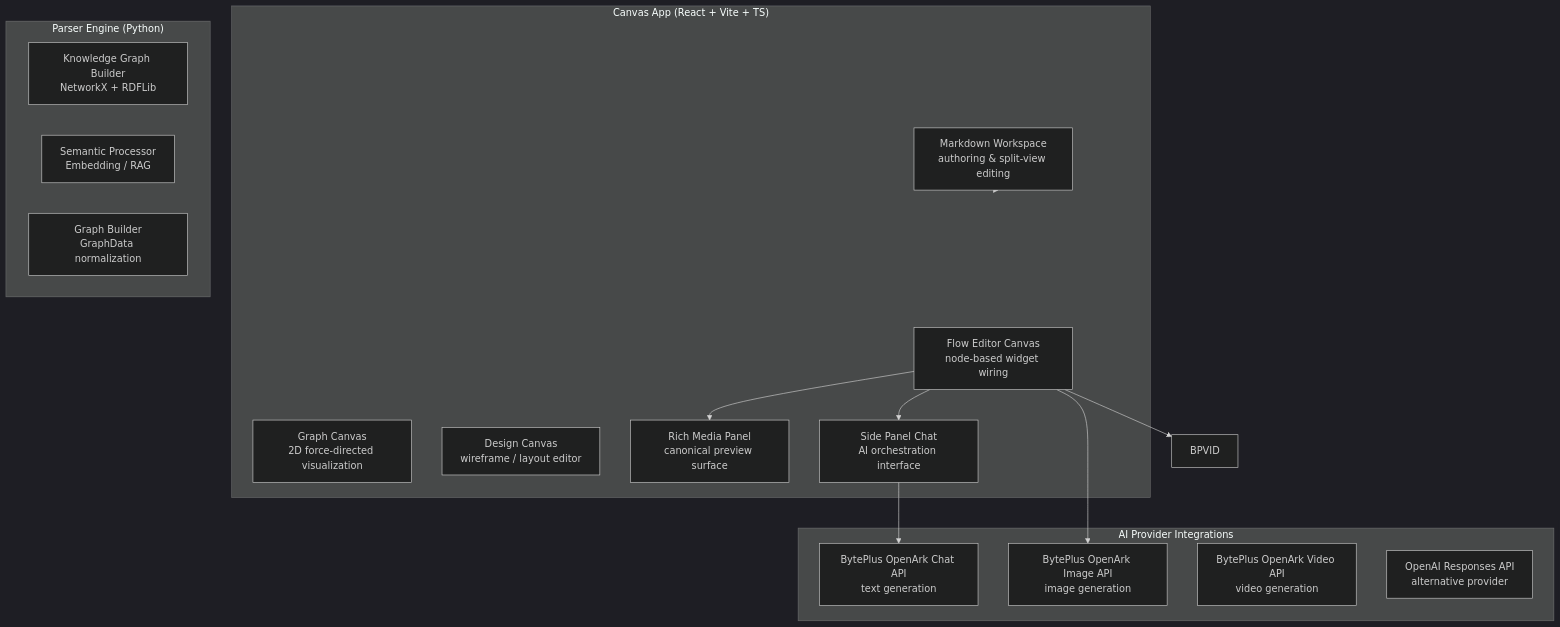
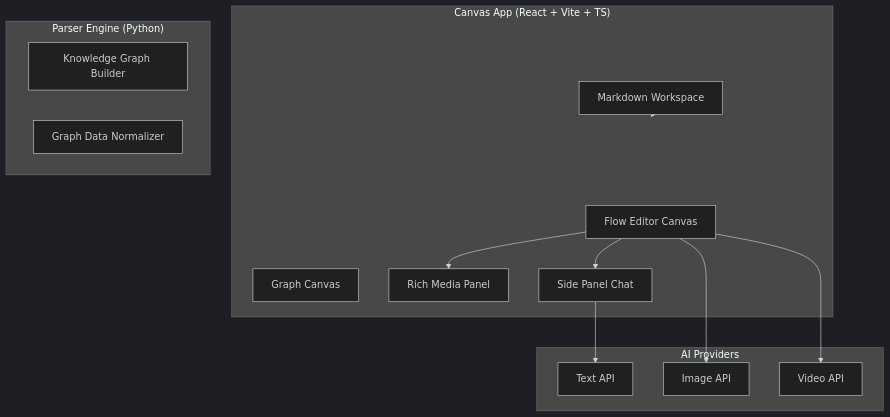
The second of 3 diagrams in docs/documents/knowgrph-pitchdeck.md (huijoohwee/knowgrph), drawn with Mermaid (dark theme) before and after one commit. The commit also changed other lines of this file and 61 other files, not shown here.

````diff
--- a/docs/documents/knowgrph-pitchdeck.md
+++ b/docs/documents/knowgrph-pitchdeck.md
@@ -220,31 +269,24 @@
 ```mermaid
 flowchart TB
   subgraph Frontend ["Canvas App (React + Vite + TS)"]
-    FC[Flow Editor Canvas<br/>node-based widget wiring]
-    GC[Graph Canvas<br/>2D force-directed visualization]
-    DC[Design Canvas<br/>wireframe / layout editor]
-    MC[Markdown Workspace<br/>authoring & split-view editing]
-    RMP[Rich Media Panel<br/>canonical preview surface]
-    SP[Side Panel Chat<br/>AI orchestration interface]
+    FC[Flow Editor Canvas]
+    GC[Graph Canvas]
+    MC[Markdown Workspace]
+    RMP[Rich Media Panel]
+    SP[Side Panel Chat]
   end
-
-  subgraph Integrations ["AI Provider Integrations"]
-    BPChat[BytePlus OpenArk Chat API<br/>text generation]
-    BPImg[BytePlus OpenArk Image API<br/>image generation]
-    BPVid[BytePlus OpenArk Video API<br/>video generation]
-    OAI[OpenAI Responses API<br/>alternative provider]
+  subgraph AI ["AI Providers"]
+    BPChat[Text API]
+    BPImg[Image API]
+    BPVid[Video API]
   end
-
   subgraph Backend ["Parser Engine (Python)"]
-    KB[Knowledge Graph Builder<br/>NetworkX + RDFLib]
-    SPy[Semantic Processor<br/>Embedding / RAG]
-    GP[Graph Builder<br/>GraphData normalization]
+    KB[Knowledge Graph Builder]
+    GP[Graph Data Normalizer]
   end
-
-  FC --> SP
-  SP --> BPChat
+  FC --> SP --> BPChat
   FC --> BPImg
-  FC --> BPVID
+  FC --> BPVid
   FC --> RMP
   MC --> Frontend
 ```
````
